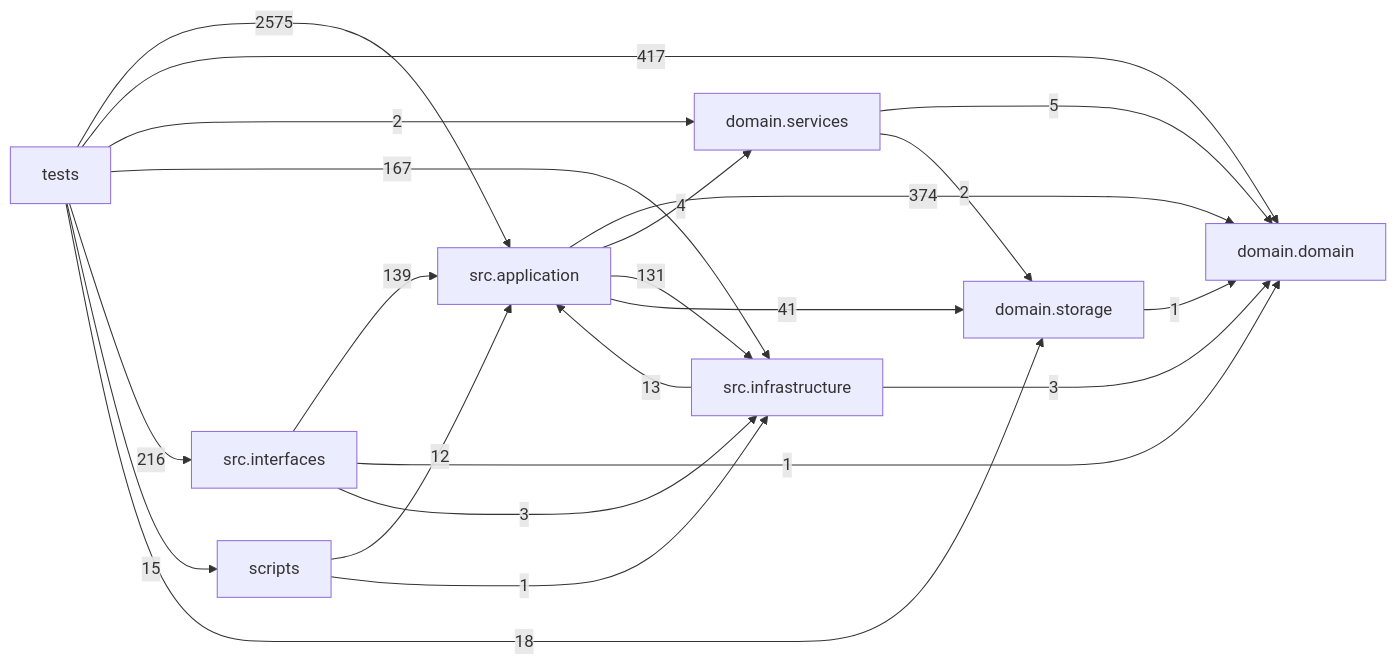
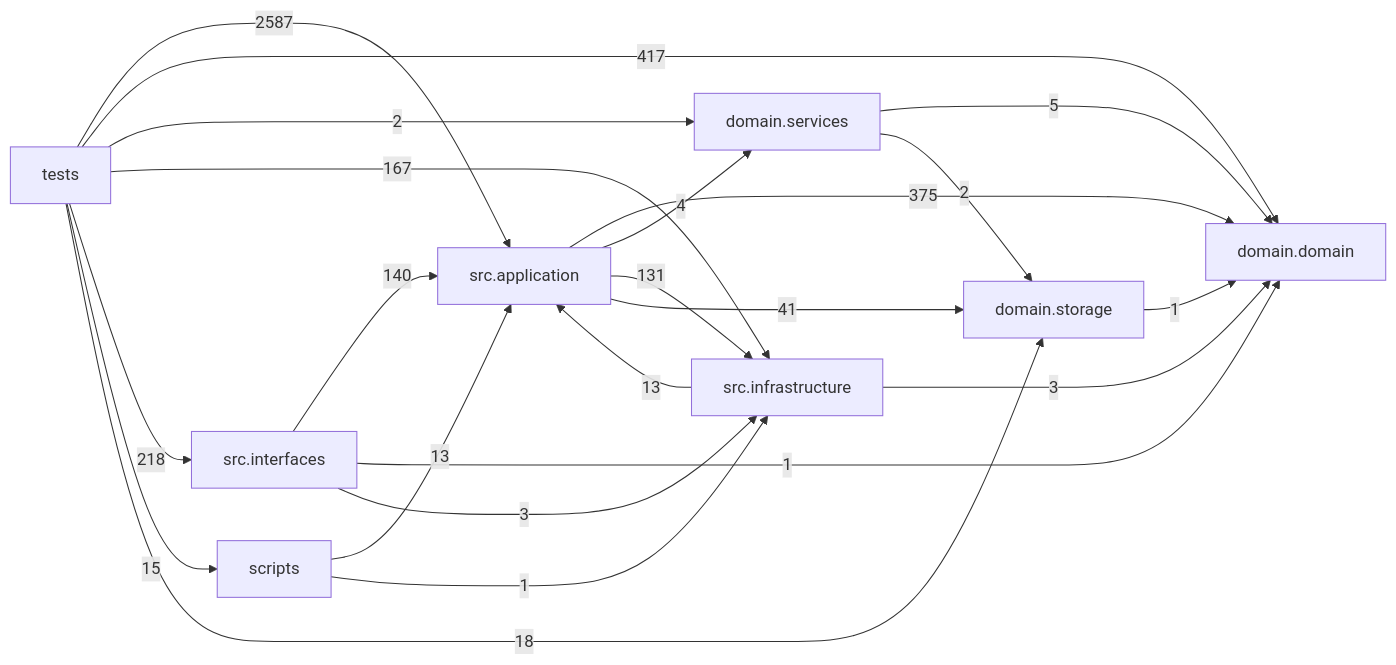
The diagram in docs/DEPENDENCY_GRAPH.md (liuxie066/options-monitor), drawn with Mermaid before and after one commit. The commit also changed other lines of this file and 1 other file, not shown here.

First line of the commit message:
chore(docs): regenerate dependency graph after candidate-filter run resolution

````diff
--- a/docs/DEPENDENCY_GRAPH.md
+++ b/docs/DEPENDENCY_GRAPH.md
@@ -24,32 +24,32 @@
 ```mermaid
 flowchart LR
   tests["tests"]
   scripts["scripts"]
   interfaces["src.interfaces"]
   application["src.application"]
   infrastructure["src.infrastructure"]
   domain_services["domain.services"]
   domain["domain.domain"]
   storage["domain.storage"]
-  application -->|374| domain
+  application -->|375| domain
   application -->|4| domain_services
   application -->|131| infrastructure
   application -->|41| storage
   domain_services -->|5| domain
   domain_services -->|2| storage
   infrastructure -->|13| application
   infrastructure -->|3| domain
-  interfaces -->|139| application
+  interfaces -->|140| application
   interfaces -->|1| domain
   interfaces -->|3| infrastructure
-  scripts -->|12| application
+  scripts -->|13| application
   scripts -->|1| infrastructure
   storage -->|1| domain
-  tests -->|2575| application
+  tests -->|2587| application
   tests -->|417| domain
   tests -->|2| domain_services
   tests -->|167| infrastructure
-  tests -->|216| interfaces
+  tests -->|218| interfaces
   tests -->|15| scripts
   tests -->|18| storage
 ```
````
